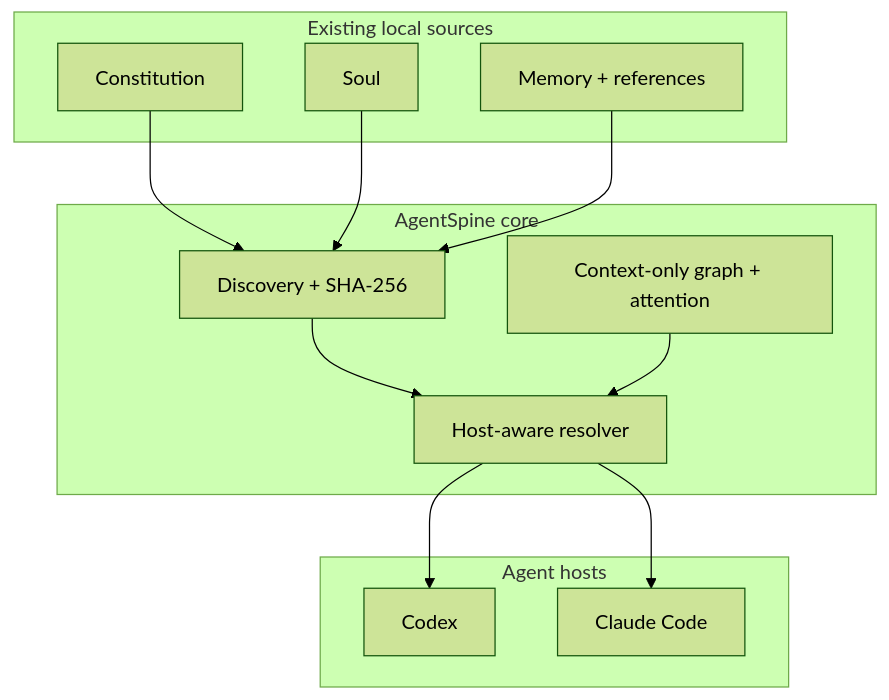
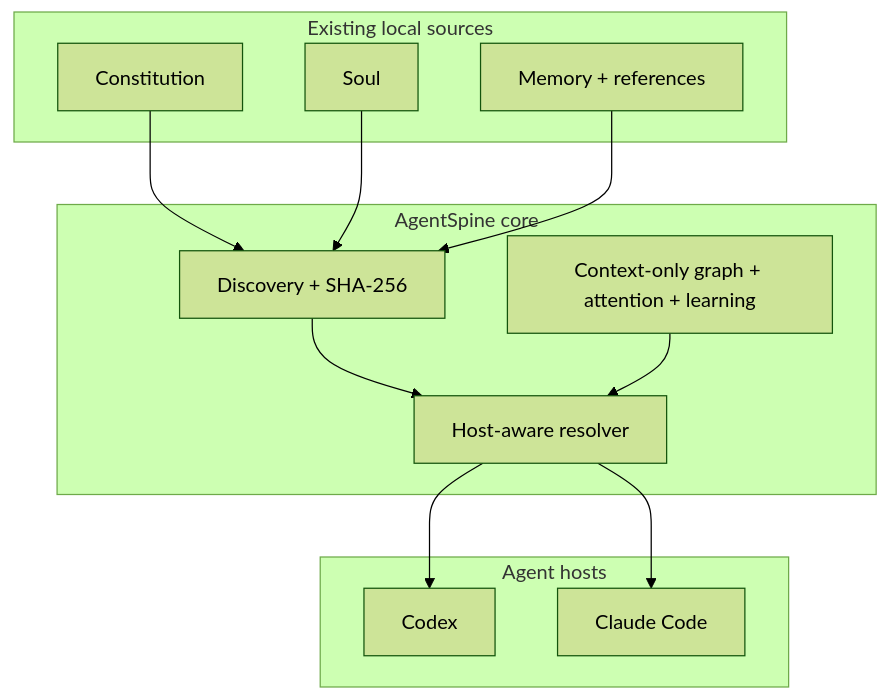
Before and after one commit to Maykbiletti/AgentSpine: the first of 3 diagrams in docs/architecture.md, drawn with Mermaid (forest theme). The commit also changed other lines of this file and 19 other files, not shown here.

````diff
--- a/docs/architecture.md
+++ b/docs/architecture.md
@@ -7,24 +7,24 @@
 ```mermaid
 flowchart TB
     subgraph Sources["Existing local sources"]
       C["Constitution"]
       S["Soul"]
       M["Memory + references"]
     end
     subgraph Core["AgentSpine core"]
       D["Discovery + SHA-256"]
       R["Host-aware resolver"]
-      G["Context-only graph + attention"]
+      G["Context-only graph + attention + learning"]
     end
     subgraph Hosts["Agent hosts"]
       X["Codex"]
       L["Claude Code"]
     end
     C --> D
     S --> D
     M --> D
     D --> R
     G --> R
     R --> X
     R --> L
 ```
````
